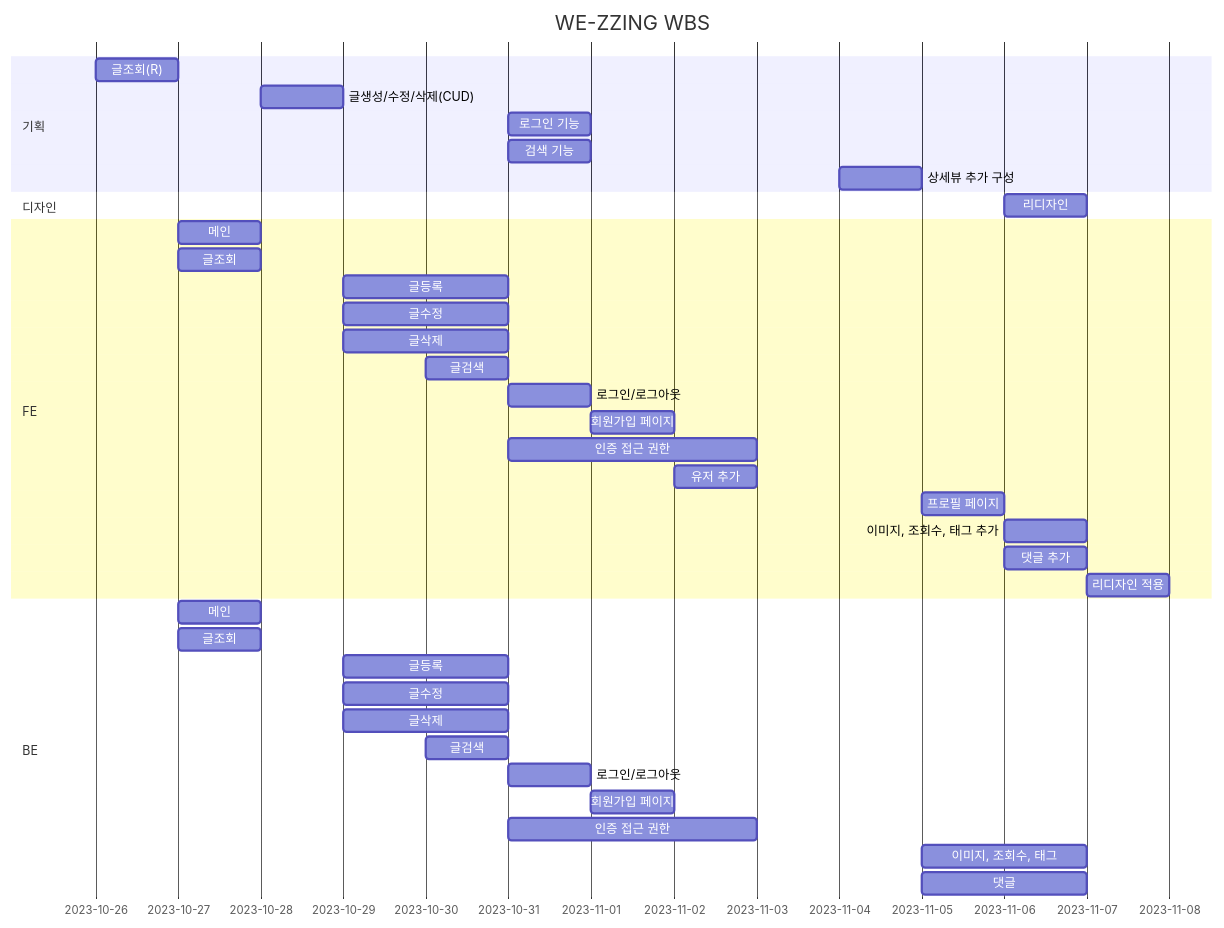
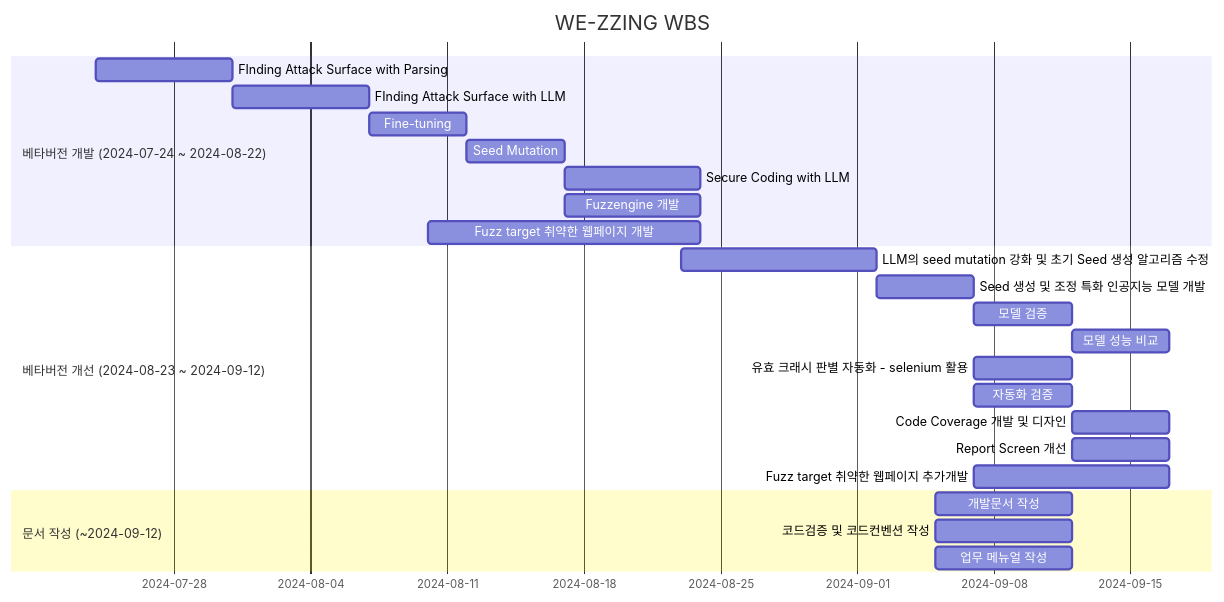
Before and after one commit to www-spam/--: the diagram in README.md, drawn with Mermaid.

````diff
--- a/README.md
+++ b/README.md
@@ -2,40 +2,29 @@
 ```mermaid
 gantt
     title WE-ZZING WBS
-    dateFormat YY-MM-DD
-    section 기획
-        글조회(R) :2023-10-26, 1d
-        글생성/수정/삭제(CUD) :2023-10-28, 1d
-        로그인 기능 :2023-10-31, 1d
-        검색 기능 :2023-10-31, 1d
-        상세뷰 추가 구성 :2023-11-4, 1d
-    section 디자인
-        리디자인 :2023-11-6, 1d
-    section FE
-        메인    :2023-10-27, 1d
-        글조회    :2023-10-27, 1d
-        글등록    :2023-10-29, 2d
-        글수정    :2023-10-29, 2d
-        글삭제    :2023-10-29, 2d
-        글검색    :2023-10-30, 1d
-        로그인/로그아웃 :2023-10-31, 1d
-        회원가입 페이지 :2023-11-1, 1d
-        인증 접근 권한 :2023-10-31, 3d
-        유저 추가 :2023-11-2, 1d
-        프로필 페이지 :2023-11-5, 1d
-        이미지, 조회수, 태그 추가 :2023-11-6, 1d
-        댓글 추가 :2023-11-6, 1d
-        리디자인 적용 :2023-11-7, 1d
-    section BE
-        메인    :2023-10-27, 1d
-        글조회    :2023-10-27, 1d
-        글등록    :2023-10-29, 2d
-        글수정    :2023-10-29, 2d
-        글삭제    :2023-10-29, 2d
-        글검색    :2023-10-30, 1d
-        로그인/로그아웃 :2023-10-31, 1d
-        회원가입 페이지 :2023-11-1, 1d
-        인증 접근 권한 :2023-10-31, 3d
-        이미지, 조회수, 태그 :2023-11-5, 2d
-        댓글 :2023-11-5, 2d
+    dateFormat  YY-MM-DD
+    section 베타버전 개발 (2024-07-24 ~ 2024-08-22)
+        FInding Attack Surface with Parsing         :2024-07-24, 7d
+        FInding Attack Surface with LLM             :2024-07-31, 7d
+        Fine-tuning                                 :2024-08-07, 5d
+        Seed Mutation                               :2024-08-12, 5d
+        Secure Coding with LLM                      :2024-08-17, 7d
+        Fuzzengine 개발                             :2024-08-17, 7d
+        Fuzz target 취약한 웹페이지 개발            :2024-08-10, 14d
+
+    section 베타버전 개선 (2024-08-23 ~ 2024-09-12)
+        LLM의 seed mutation 강화 및 초기 Seed 생성 알고리즘 수정 :2024-08-23, 10d
+        Seed 생성 및 조정 특화 인공지능 모델 개발           :2024-09-02, 5d
+        모델 검증                                    :2024-09-07, 5d
+        모델 성능 비교                                :2024-09-12, 5d
+        유효 크래시 판별 자동화 - selenium 활용        :2024-09-07, 5d
+        자동화 검증                                  :2024-09-07, 5d
+        Code Coverage 개발 및 디자인                  :2024-09-12, 5d
+        Report Screen 개선                           :2024-09-12, 5d
+        Fuzz target 취약한 웹페이지 추가개발           :2024-09-07, 10d
+
+    section 문서 작성 (~2024-09-12)
+        개발문서 작성                               :2024-09-05, 7d
+        코드검증 및 코드컨벤션 작성                   :2024-09-05, 7d
+        업무 메뉴얼 작성                             :2024-09-05, 7d
 ```
````
